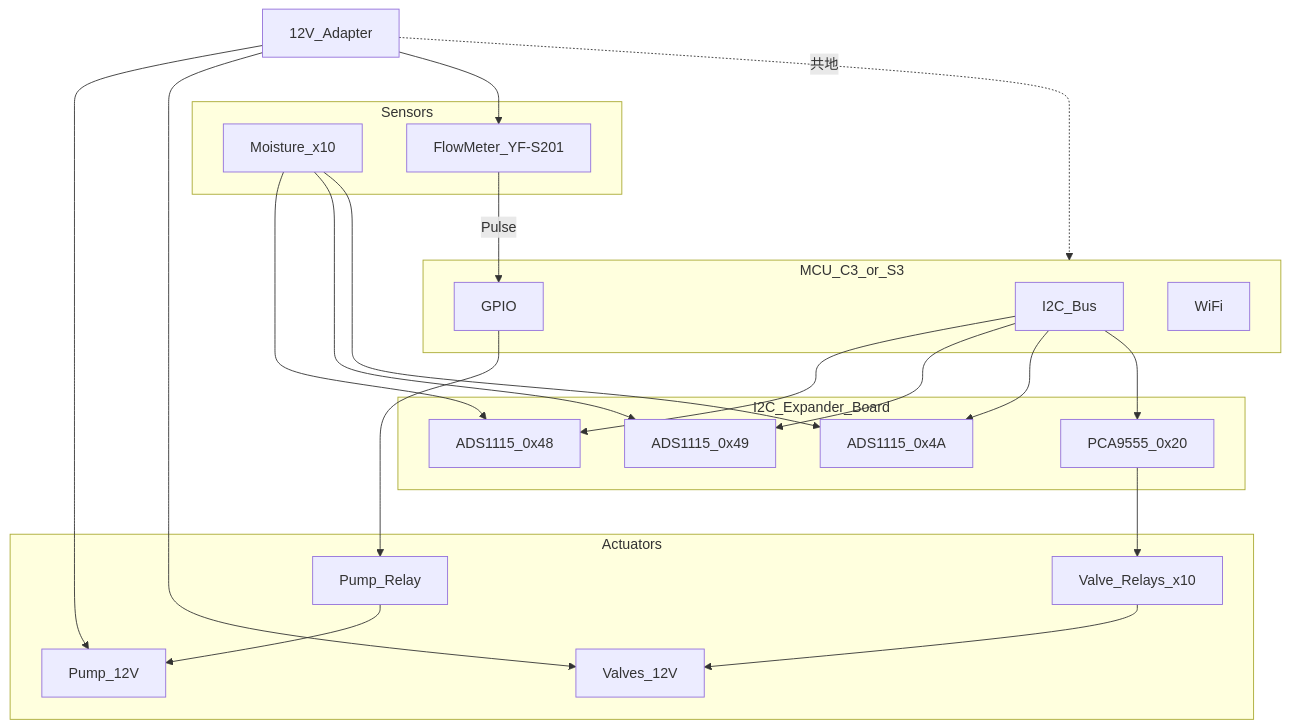
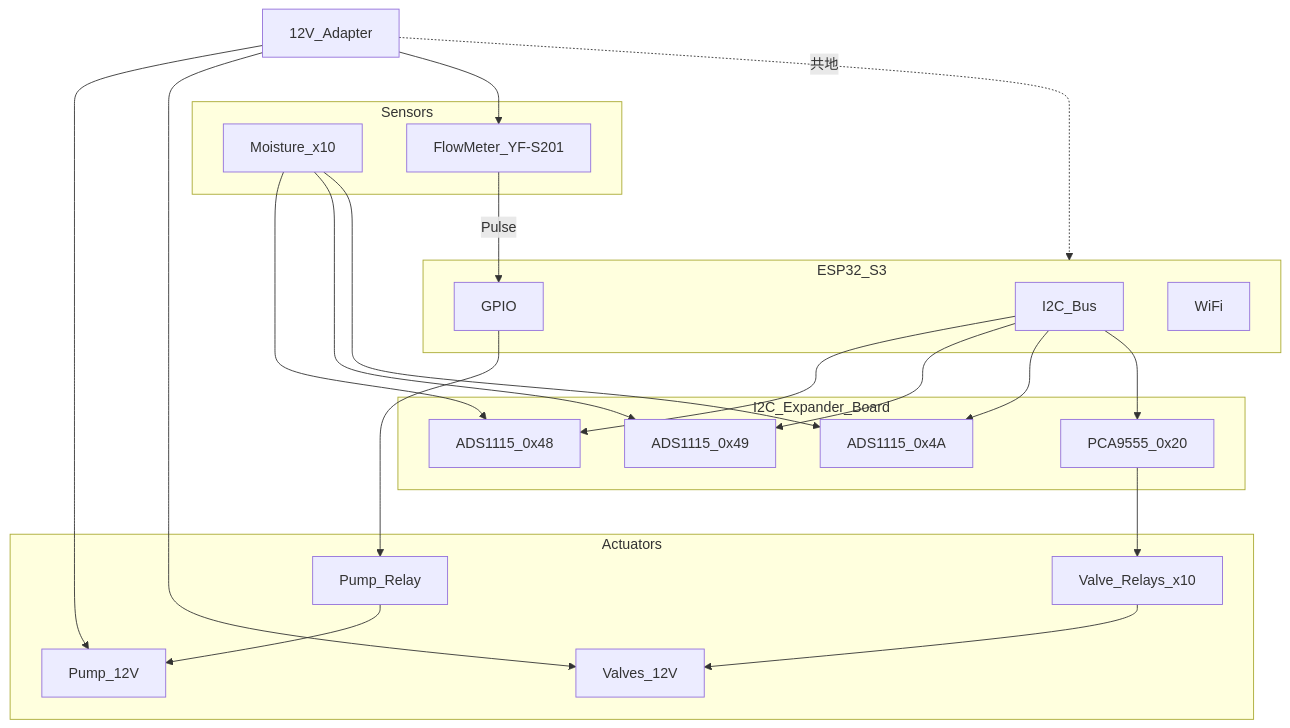
One commit to typhoon322/AutoWateringSystem changed the first of 3 diagrams in docs/system-design.md. Above: the diagram before and after it, drawn with Mermaid. The commit also changed other lines of this file and 34 other files, not shown here.

````diff
--- a/docs/system-design.md
+++ b/docs/system-design.md
@@ -79,37 +77,37 @@
 ```mermaid
 flowchart TB
-    subgraph mcu [MCU_C3_or_S3]
+    subgraph mcu [ESP32_S3]
         I2C[I2C_Bus]
         GPIO[GPIO]
         WiFiMod[WiFi]
     end
 
     subgraph expander [I2C_Expander_Board]
         ADS0[ADS1115_0x48]
         ADS1[ADS1115_0x49]
         ADS2[ADS1115_0x4A]
         PCA[PCA9555_0x20]
     end
 
     subgraph sensors [Sensors]
         MS[Moisture_x10]
         FM[FlowMeter_YF-S201]
     end
 
     subgraph actuators [Actuators]
         PUMP_RELAY[Pump_Relay]
         VALVE_RELAY[Valve_Relays_x10]
         PUMP[Pump_12V]
         VALVES[Valves_12V]
     end
 
     PS12[12V_Adapter]
 
     I2C --> ADS0 & ADS1 & ADS2 & PCA
     MS --> ADS0 & ADS1 & ADS2
     FM -->|Pulse| GPIO
     GPIO --> PUMP_RELAY --> PUMP
     PCA --> VALVE_RELAY --> VALVES
     PS12 --> PUMP & VALVES & FM
     PS12 -.->|共地| mcu
 ```
````
